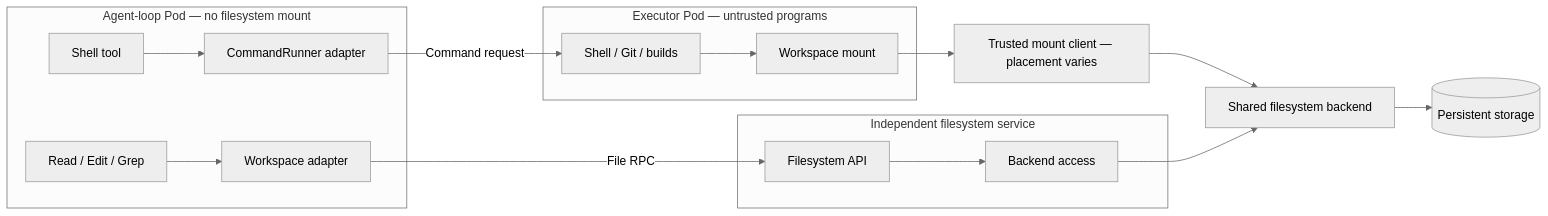
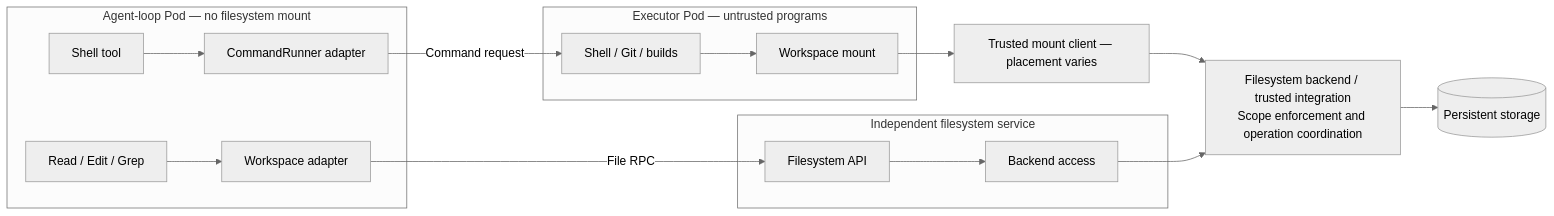
The first of 3 diagrams in docs/drafts/kubernetes-execution-and-filesystems.md (stacklok/mecatl), drawn with Mermaid (neutral theme) before and after one commit. The commit also changed other lines of this file, not shown here.

Commit message:
docs: clarify shared filesystem enforcement in option one

````diff
--- a/docs/drafts/kubernetes-execution-and-filesystems.md
+++ b/docs/drafts/kubernetes-execution-and-filesystems.md
@@ -195,23 +200,23 @@
 ```mermaid
 flowchart LR
     subgraph loop["Agent-loop Pod — no filesystem mount"]
         files["Read / Edit / Grep"] --> workspace["Workspace adapter"]
         shell["Shell tool"] --> runner["CommandRunner adapter"]
     end
     subgraph service["Independent filesystem service"]
         api["Filesystem API"] --> access["Backend access"]
     end
     subgraph executor["Executor Pod — untrusted programs"]
         programs["Shell / Git / builds"] --> mount["Workspace mount"]
     end
     client["Trusted mount client — placement varies"]
-    backend["Shared filesystem backend"]
+    backend["Filesystem backend / trusted integration<br/>Scope enforcement and operation coordination"]
     storage[("Persistent storage")]
 
     workspace -->|"File RPC"| api
     runner -->|"Command request"| programs
     mount --> client
     client --> backend
     access --> backend
     backend --> storage
 ```
````
